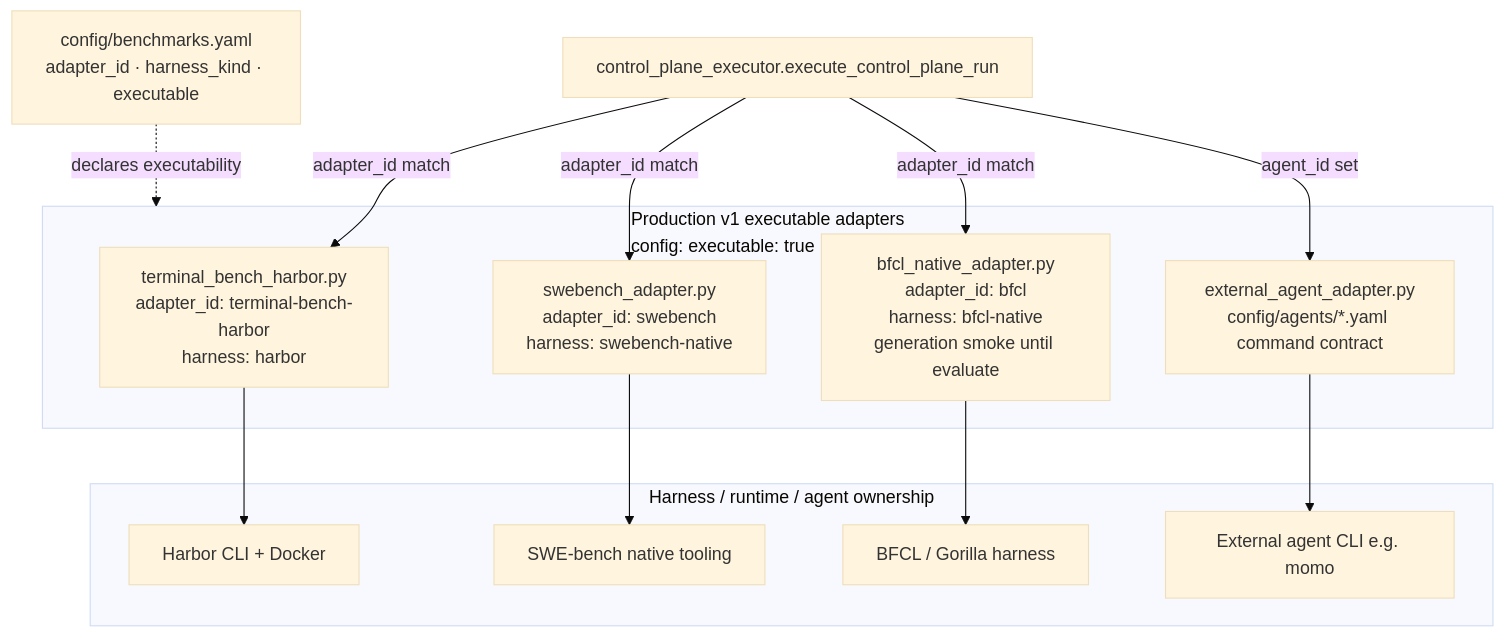
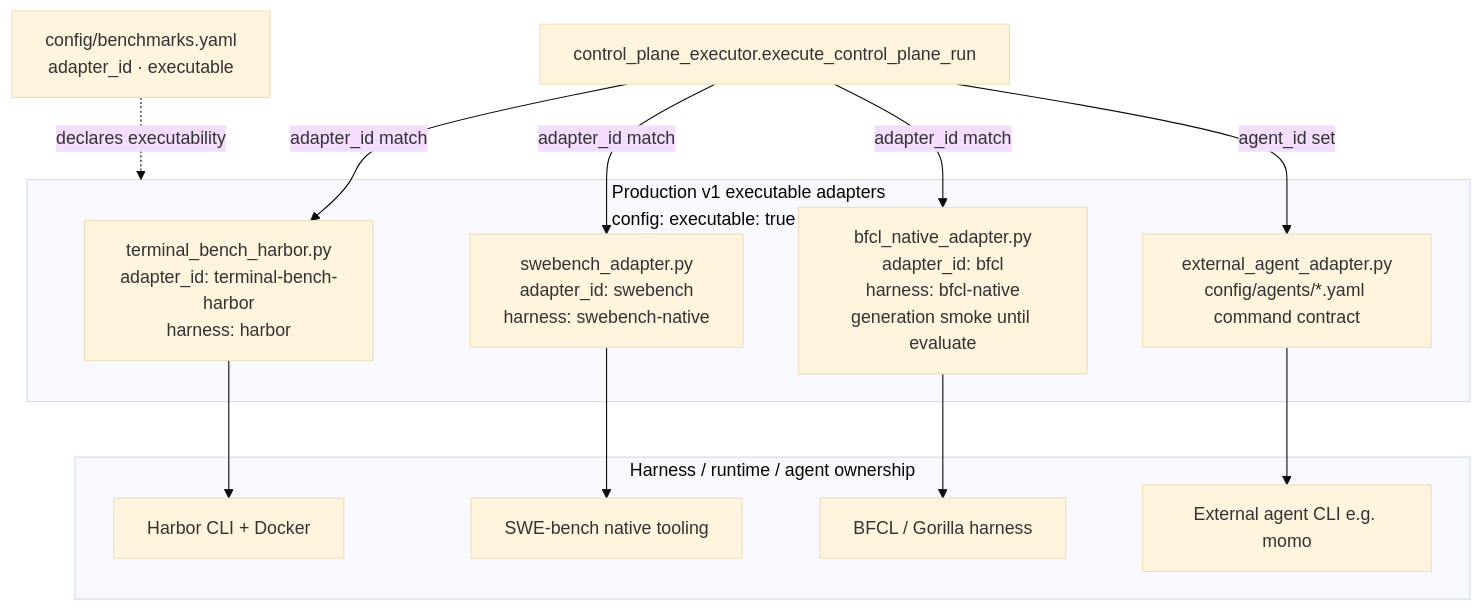
The diagram in docs/diagrams/adapters-components.md (Lyther/BenchEval), drawn with Mermaid (base theme) before and after one commit. The commit also changed other lines of this file and 86 other files, not shown here.

````diff
--- a/docs/diagrams/adapters-components.md
+++ b/docs/diagrams/adapters-components.md
@@ -5,28 +5,28 @@
 ```mermaid
 flowchart TB
     CPE["control_plane_executor.execute_control_plane_run"]
 
     subgraph ProdV1["Production v1 executable adapters<br/>config: executable: true"]
         TB["terminal_bench_harbor.py<br/>adapter_id: terminal-bench-harbor<br/>harness: harbor"]
         SWE["swebench_adapter.py<br/>adapter_id: swebench<br/>harness: swebench-native"]
         BFCL["bfcl_native_adapter.py<br/>adapter_id: bfcl<br/>harness: bfcl-native<br/>generation smoke until evaluate"]
         Agent["external_agent_adapter.py<br/>config/agents/*.yaml command contract"]
     end
 
     subgraph Outside["Harness / runtime / agent ownership"]
         HCLI["Harbor CLI + Docker"]
         SN["SWE-bench native tooling"]
         BN["BFCL / Gorilla harness"]
         ExtAgent["External agent CLI e.g. momo"]
     end
 
     CPE -->|adapter_id match| TB & SWE & BFCL
     CPE -->|agent_id set| Agent
     TB --> HCLI
     SWE --> SN
     BFCL --> BN
     Agent --> ExtAgent
 
-    Cat["config/benchmarks.yaml<br/>adapter_id · harness_kind · executable"]
+    Cat["config/benchmarks.yaml<br/>adapter_id · executable"]
     Cat -.->|declares executability| ProdV1
 ```
````
